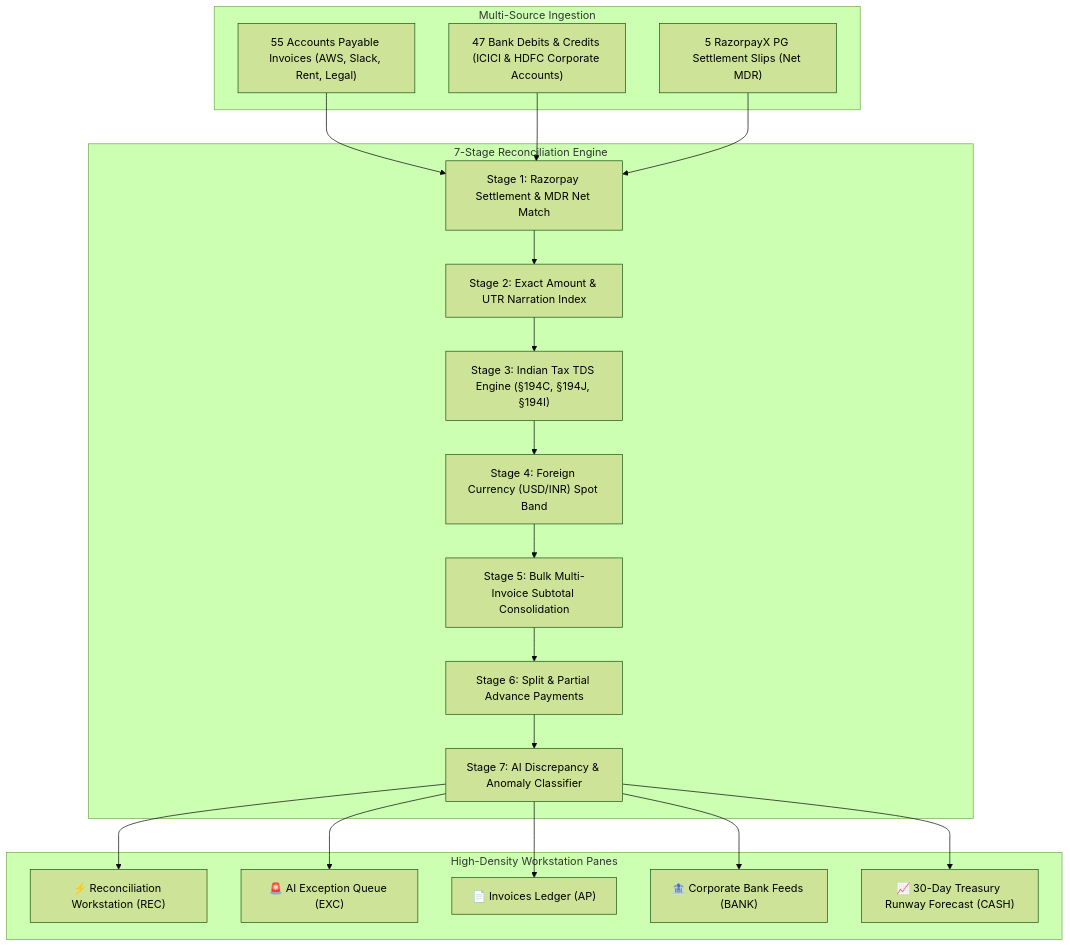
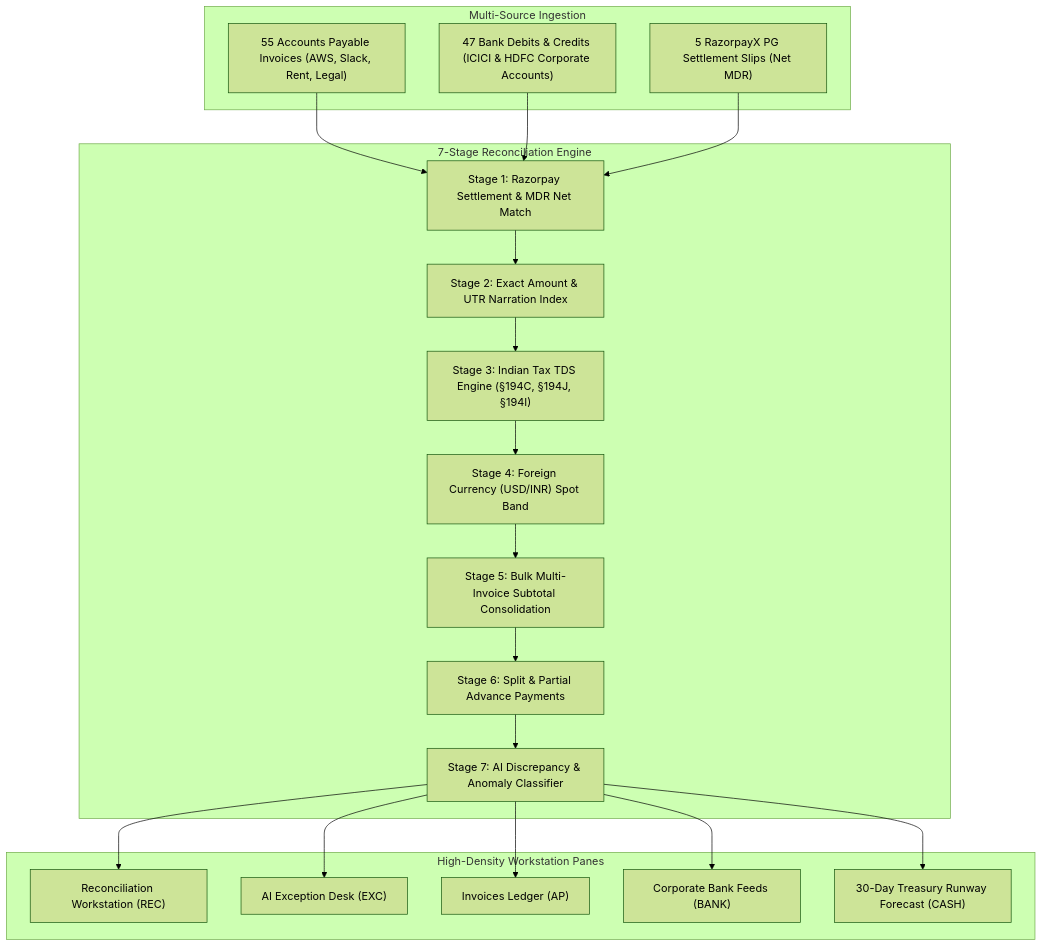
The diagram in README.md (mannaxsara/razor-terminal), drawn with Mermaid (forest theme) before and after one commit. The commit also changed other lines of this file and 80 other files, not shown here.

First line of the commit message:
feat: autonomous 3-way reconciliation engine, treasury workstation & web dashboard (Track 04)

````diff
--- a/README.md
+++ b/README.md
@@ -59,32 +59,32 @@
 ```mermaid
 flowchart TD
     subgraph Multi-Source Ingestion
         Invoices["55 Accounts Payable Invoices (AWS, Slack, Rent, Legal)"]
         Banks["47 Bank Debits & Credits (ICICI & HDFC Corporate Accounts)"]
         RzpSettlements["5 RazorpayX PG Settlement Slips (Net MDR)"]
     end
 
     subgraph 7-Stage Reconciliation Engine
         S1["Stage 1: Razorpay Settlement & MDR Net Match"]
         S2["Stage 2: Exact Amount & UTR Narration Index"]
         S3["Stage 3: Indian Tax TDS Engine (§194C, §194J, §194I)"]
         S4["Stage 4: Foreign Currency (USD/INR) Spot Band"]
         S5["Stage 5: Bulk Multi-Invoice Subtotal Consolidation"]
         S6["Stage 6: Split & Partial Advance Payments"]
         S7["Stage 7: AI Discrepancy & Anomaly Classifier"]
     end
 
     subgraph High-Density Workstation Panes
-        REC["⚡ Reconciliation Workstation (REC)"]
-        EXC["🚨 AI Exception Queue (EXC)"]
-        AP["📄 Invoices Ledger (AP)"]
-        BANK["🏦 Corporate Bank Feeds (BANK)"]
-        CASH["📈 30-Day Treasury Runway Forecast (CASH)"]
+        REC["Reconciliation Workstation (REC)"]
+        EXC["AI Exception Desk (EXC)"]
+        AP["Invoices Ledger (AP)"]
+        BANK["Corporate Bank Feeds (BANK)"]
+        CASH["30-Day Treasury Runway Forecast (CASH)"]
     end
 
     Invoices --> S1
     Banks --> S1
     RzpSettlements --> S1
     S1 --> S2 --> S3 --> S4 --> S5 --> S6 --> S7
     S7 --> REC & EXC & AP & BANK & CASH
 ```
````
